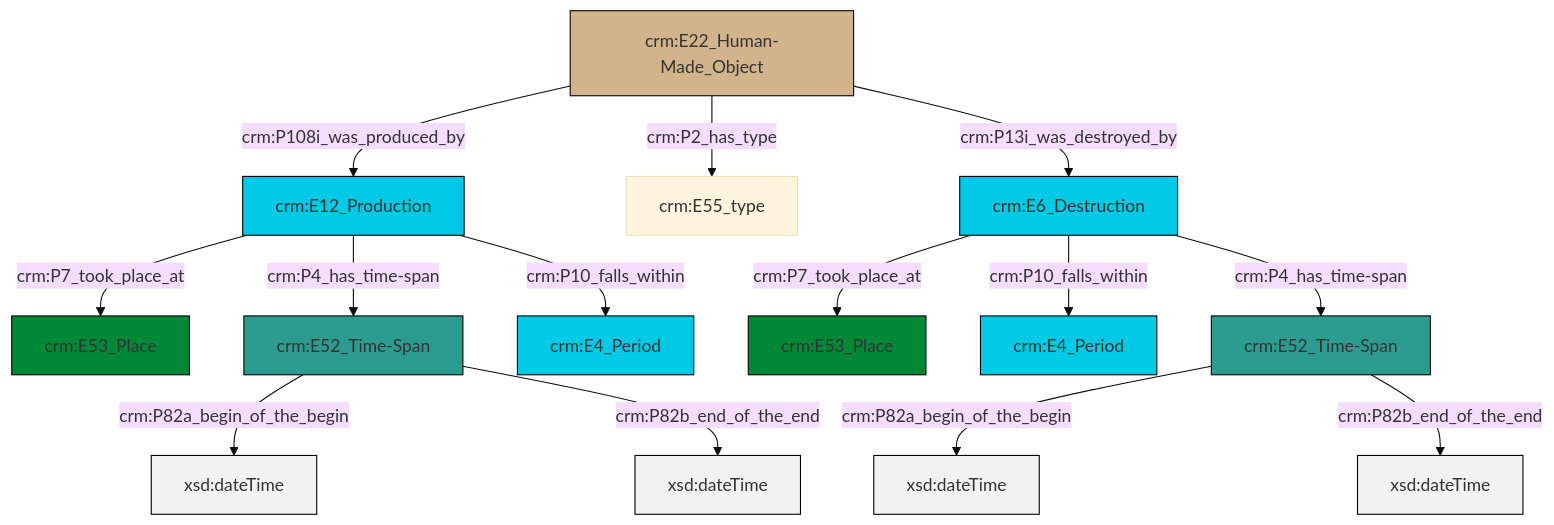
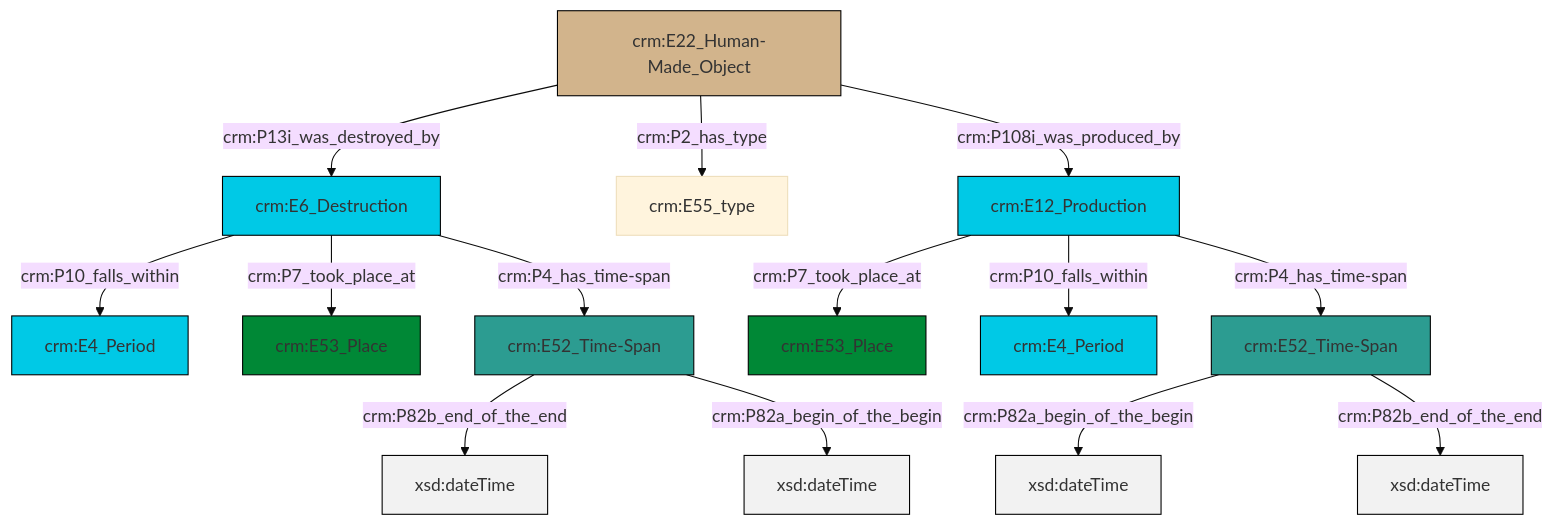
One commit to swiss-art-research-net/docs.swissartresearch changed the diagram in et/artworkCSV/ttl/mmd/Artwork_Existence.ttl.mmd. Above: the diagram before and after it, drawn with Mermaid (base theme). The commit also changed 177 other files, not shown here.

```diff
--- a/et/artworkCSV/ttl/mmd/Artwork_Existence.ttl.mmd
+++ b/et/artworkCSV/ttl/mmd/Artwork_Existence.ttl.mmd
@@ -1,28 +1,28 @@
 graph TD
 classDef Literal fill:#f2f2f2,stroke:#000000;
 classDef CRM_Entity fill:#FFFFFF,stroke:#000000;
 classDef Temporal_Entity fill:#00C9E6, stroke:#000000;
 classDef Type fill:#E18312, stroke:#000000;
 classDef Time-Span fill:#2C9C91, stroke:#000000;
 classDef Appellation fill:#FFEB7F, stroke:#000000;
 classDef Place fill:#008836, stroke:#000000;
 classDef Persistent_Item fill:#B266B2, stroke:#000000;
 classDef Conceptual_Object fill:#FFD700, stroke:#000000;
 classDef Physical_Thing fill:#D2B48C, stroke:#000000;
 classDef Actor fill:#f58aad, stroke:#000000;
 classDef PC_Classes fill:#4ce600, stroke:#000000;
 classDef Multi fill:#cccccc,stroke:#000000;
 
-0["crm:E52_Time-Span"]:::Time-Span -->|crm:P82a_begin_of_the_begin| 1[xsd:dateTime]:::Literal
-2["crm:E52_Time-Span"]:::Time-Span -->|crm:P82a_begin_of_the_begin| 3[xsd:dateTime]:::Literal
-6["crm:E6_Destruction"]:::Temporal_Entity -->|crm:P7_took_place_at| 7["crm:E53_Place"]:::Place
-10["crm:E12_Production"]:::Temporal_Entity -->|crm:P7_took_place_at| 13["crm:E53_Place"]:::Place
-10["crm:E12_Production"]:::Temporal_Entity -->|crm:P4_has_time-span| 0["crm:E52_Time-Span"]:::Time-Span
-10["crm:E12_Production"]:::Temporal_Entity -->|crm:P10_falls_within| 8["crm:E4_Period"]:::Temporal_Entity
-6["crm:E6_Destruction"]:::Temporal_Entity -->|crm:P10_falls_within| 4["crm:E4_Period"]:::Temporal_Entity
-18["crm:E22_Human-Made_Object"]:::Physical_Thing -->|crm:P108i_was_produced_by| 10["crm:E12_Production"]:::Temporal_Entity
-2["crm:E52_Time-Span"]:::Time-Span -->|crm:P82b_end_of_the_end| 19[xsd:dateTime]:::Literal
-0["crm:E52_Time-Span"]:::Time-Span -->|crm:P82b_end_of_the_end| 20[xsd:dateTime]:::Literal
-18["crm:E22_Human-Made_Object"]:::Physical_Thing -->|crm:P2_has_type| 16["crm:E55_type"]:::Default
-6["crm:E6_Destruction"]:::Temporal_Entity -->|crm:P4_has_time-span| 2["crm:E52_Time-Span"]:::Time-Span
-18["crm:E22_Human-Made_Object"]:::Physical_Thing -->|crm:P13i_was_destroyed_by| 6["crm:E6_Destruction"]:::Temporal_Entity
+0["crm:E22_Human-Made_Object"]:::Physical_Thing -->|crm:P13i_was_destroyed_by| 1["crm:E6_Destruction"]:::Temporal_Entity
+1["crm:E6_Destruction"]:::Temporal_Entity -->|crm:P10_falls_within| 6["crm:E4_Period"]:::Temporal_Entity
+8["crm:E12_Production"]:::Temporal_Entity -->|crm:P7_took_place_at| 13["crm:E53_Place"]:::Place
+1["crm:E6_Destruction"]:::Temporal_Entity -->|crm:P7_took_place_at| 4["crm:E53_Place"]:::Place
+16["crm:E52_Time-Span"]:::Time-Span -->|crm:P82a_begin_of_the_begin| 17[xsd:dateTime]:::Literal
+0["crm:E22_Human-Made_Object"]:::Physical_Thing -->|crm:P2_has_type| 11["crm:E55_type"]:::Default
+14["crm:E52_Time-Span"]:::Time-Span -->|crm:P82b_end_of_the_end| 20[xsd:dateTime]:::Literal
+0["crm:E22_Human-Made_Object"]:::Physical_Thing -->|crm:P108i_was_produced_by| 8["crm:E12_Production"]:::Temporal_Entity
+1["crm:E6_Destruction"]:::Temporal_Entity -->|crm:P4_has_time-span| 14["crm:E52_Time-Span"]:::Time-Span
+14["crm:E52_Time-Span"]:::Time-Span -->|crm:P82a_begin_of_the_begin| 22[xsd:dateTime]:::Literal
+8["crm:E12_Production"]:::Temporal_Entity -->|crm:P10_falls_within| 2["crm:E4_Period"]:::Temporal_Entity
+16["crm:E52_Time-Span"]:::Time-Span -->|crm:P82b_end_of_the_end| 23[xsd:dateTime]:::Literal
+8["crm:E12_Production"]:::Temporal_Entity -->|crm:P4_has_time-span| 16["crm:E52_Time-Span"]:::Time-Span
```
